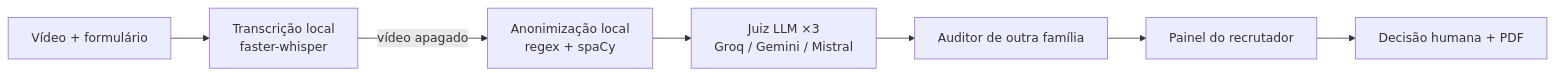
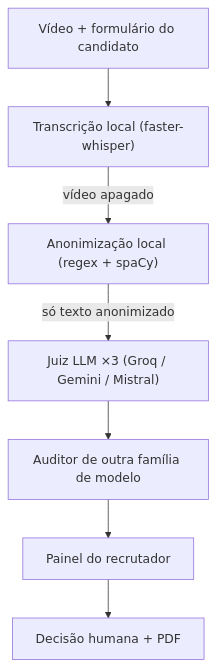
The diagram in README.md (Felipebc2/TalentVisor), drawn with Mermaid before and after one commit.

Commit message:
docs(readme): vertical pipeline diagram

````diff
--- a/README.md
+++ b/README.md
@@ -7,9 +7,9 @@
 ```mermaid
-flowchart LR
-  V[Vídeo + formulário] --> STT[Transcrição local<br/>faster-whisper]
-  STT -->|vídeo apagado| A[Anonimização local<br/>regex + spaCy]
-  A --> J[Juiz LLM ×3<br/>Groq / Gemini / Mistral]
-  J --> AU[Auditor de outra família]
-  AU --> P[Painel do recrutador]
-  P --> D[Decisão humana + PDF]
+flowchart TD
+  V["Vídeo + formulário do candidato"] --> STT["Transcrição local (faster-whisper)"]
+  STT -->|vídeo apagado| A["Anonimização local (regex + spaCy)"]
+  A -->|só texto anonimizado| J["Juiz LLM ×3 (Groq / Gemini / Mistral)"]
+  J --> AU["Auditor de outra família de modelo"]
+  AU --> P["Painel do recrutador"]
+  P --> D["Decisão humana + PDF"]
 ```
````
